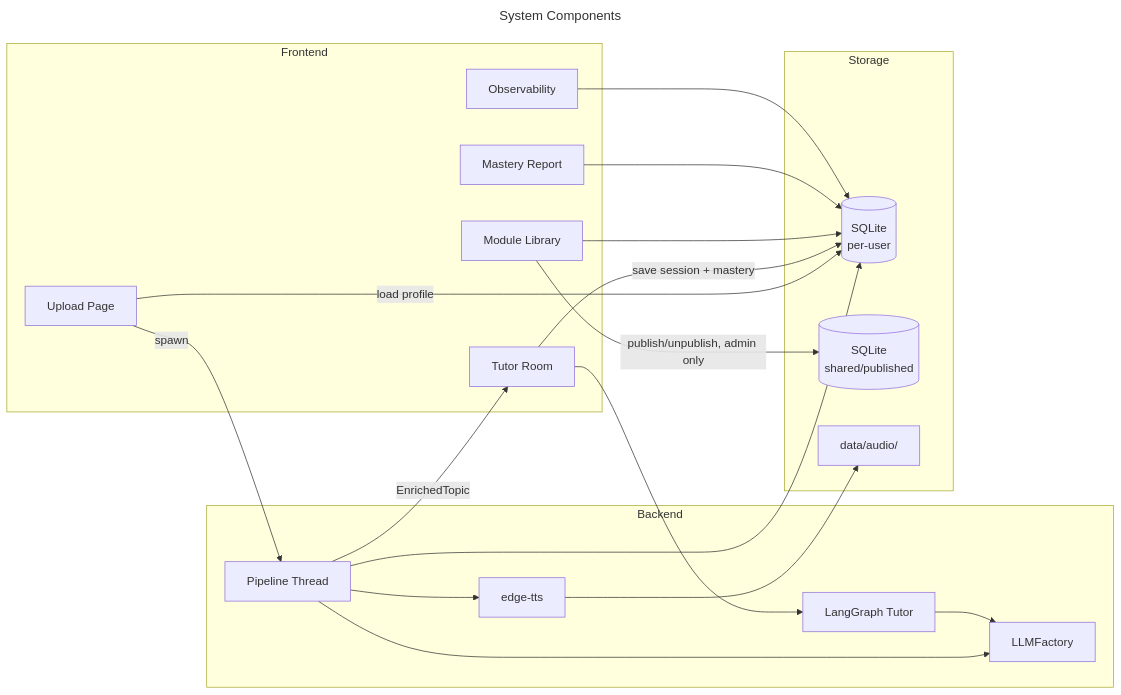
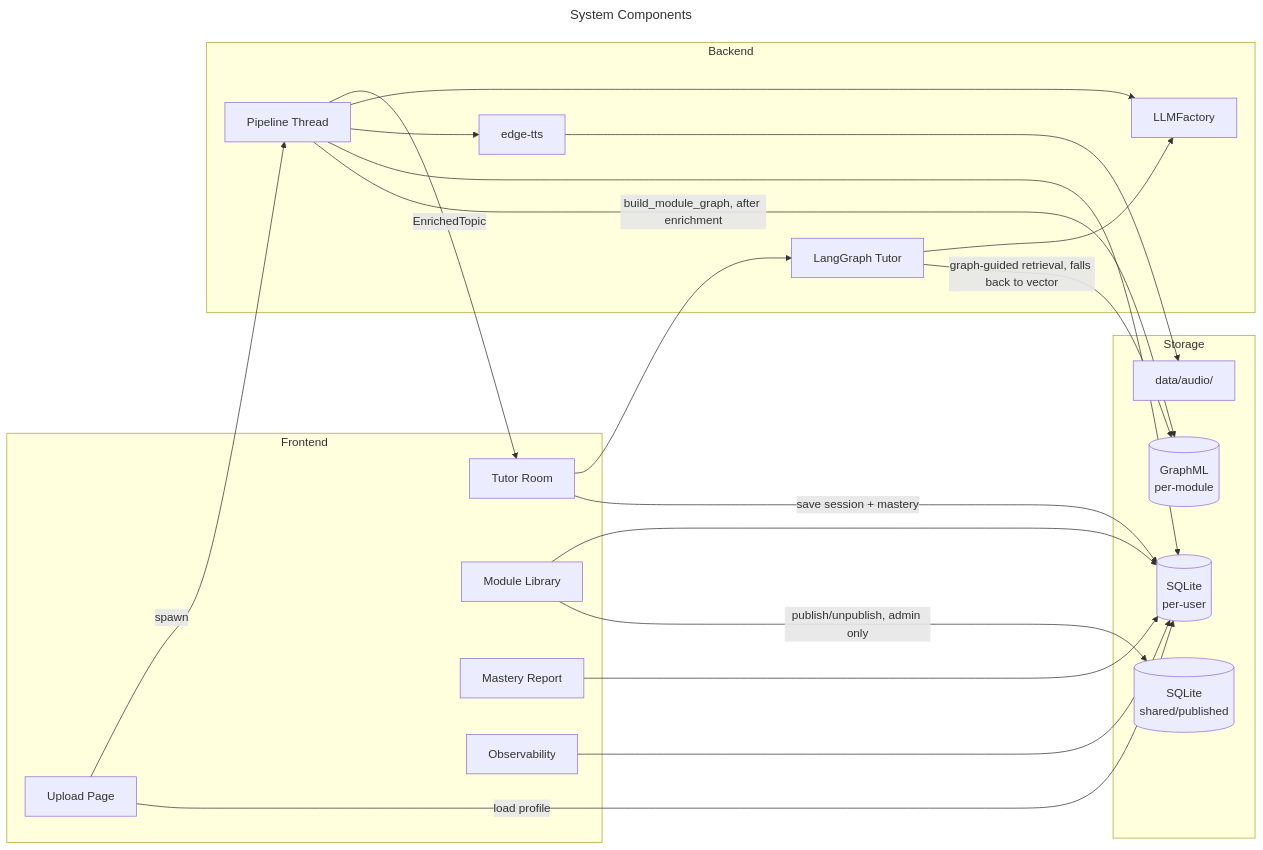
One commit to bijesh-p/deepl-ai-tutor changed the second of 10 diagrams in ARCHITECTURE.md. Above: the diagram before and after it, drawn with Mermaid. The commit also changed other lines of this file and 4 other files, not shown here.

First line of the commit message:
[Phase 82] Sync ARCHITECTURE/CLAUDE/README/plan with guardrails + knowledge graph

````diff
--- a/ARCHITECTURE.md
+++ b/ARCHITECTURE.md
@@ -229,41 +251,44 @@
 ```mermaid
 ---
 title: System Components
 ---
 flowchart LR
     subgraph Frontend
         UP[Upload Page]
         TUTOR[Tutor Room]
         LIB[Module Library]
         MR[Mastery Report]
         OBS[Observability]
     end
 
     subgraph Backend
         BG[Pipeline Thread]
         LG[LangGraph Tutor]
         LLM[LLMFactory]
         TTS[edge-tts]
     end
 
     subgraph Storage
         DB[(SQLite\nper-user)]
         SHARED[(SQLite\nshared/published)]
         AUDIO[data/audio/]
+        GRAPH[(GraphML\nper-module)]
     end
 
     UP -->|spawn| BG
     UP -->|load profile| DB
     BG -->|EnrichedTopic| TUTOR
     TUTOR --> LG
     BG --> LLM
     BG --> TTS
     LG --> LLM
     TTS --> AUDIO
     BG --> DB
+    BG -->|build_module_graph, after enrichment| GRAPH
+    LG -->|graph-guided retrieval, falls back to vector| GRAPH
     TUTOR -->|save session + mastery| DB
     LIB --> DB
     LIB -->|publish/unpublish, admin only| SHARED
     MR --> DB
     OBS --> DB
 ```
````
